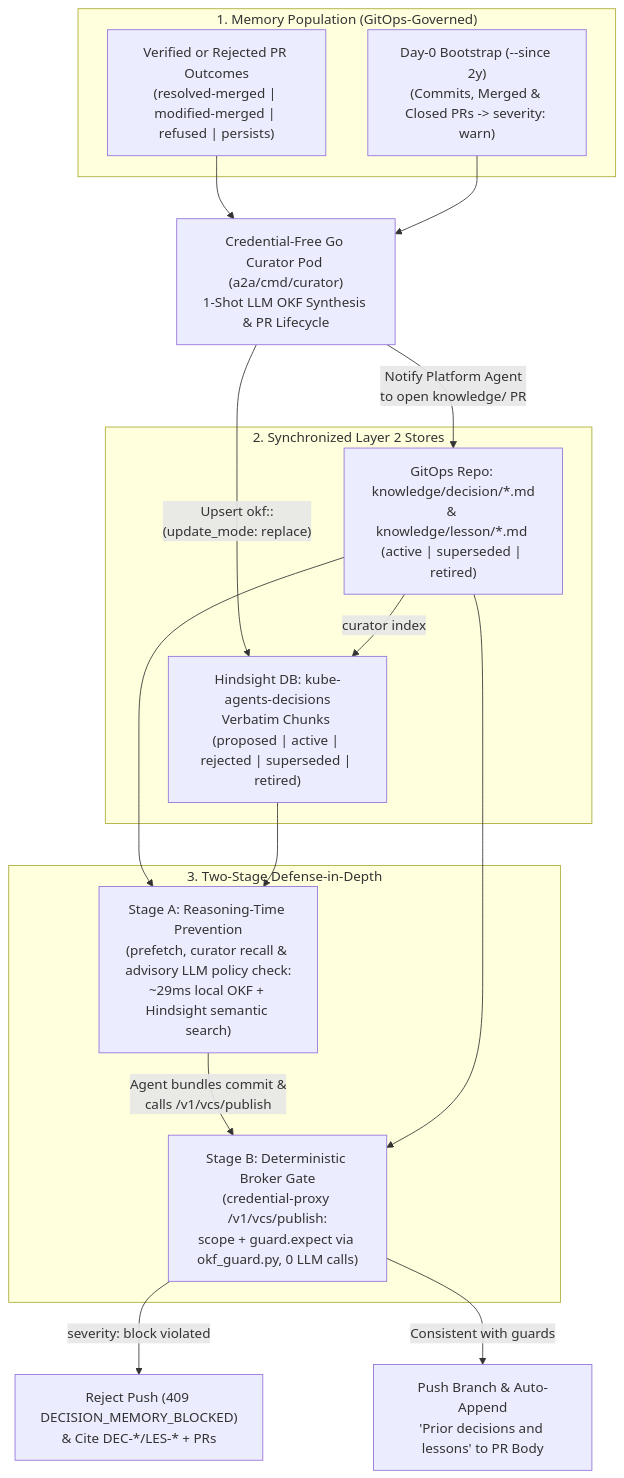
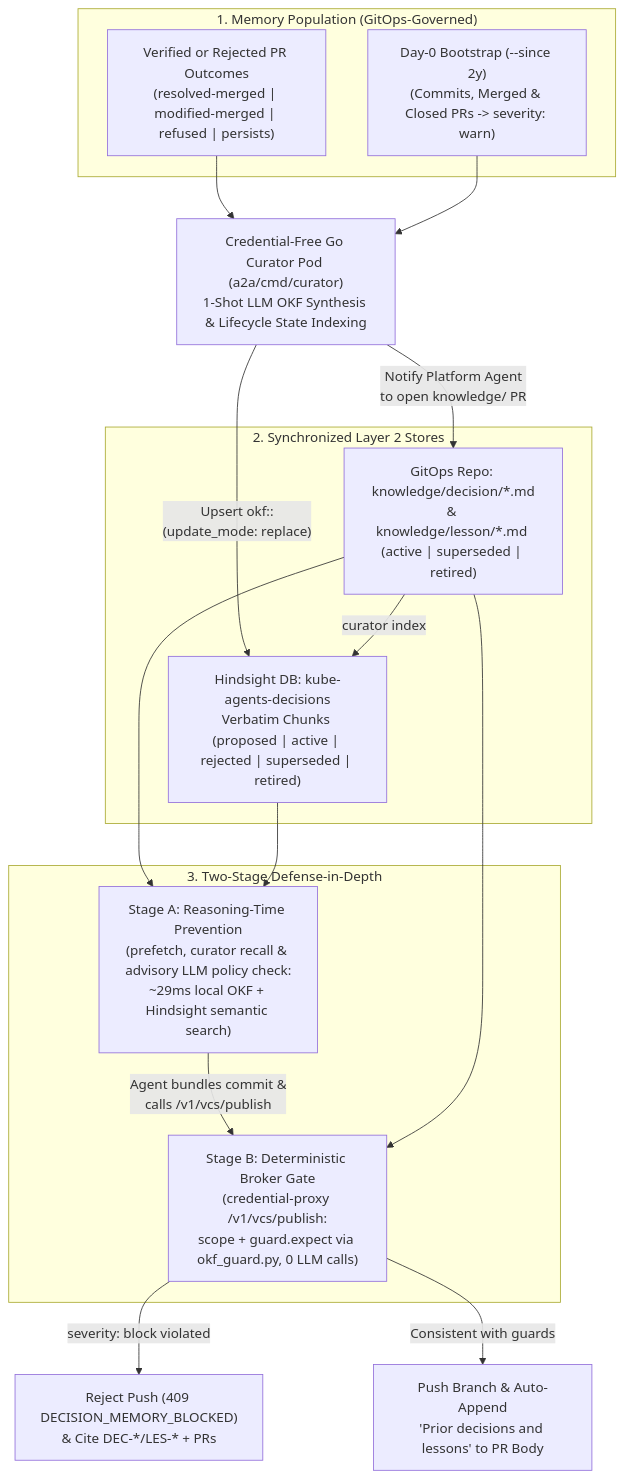
Before and after one commit to gke-labs/kube-agents: the third of 5 diagrams in docs/designs/memory.md, drawn with Mermaid. The commit also changed other lines of this file and 1 other file, not shown here.

````diff
--- a/docs/designs/memory.md
+++ b/docs/designs/memory.md
@@ -453,27 +453,27 @@
 ```mermaid
 flowchart TB
   subgraph Populate["1. Memory Population (GitOps-Governed)"]
     O["Verified or Rejected PR Outcomes\n(resolved-merged | modified-merged | refused | persists)"]
     H["Day-0 Bootstrap (--since 2y)\n(Commits, Merged & Closed PRs -> severity: warn)"]
   end
-  Cur["Credential-Free Go Curator Pod (a2a/cmd/curator)\n1-Shot LLM OKF Synthesis & PR Lifecycle"]
+  Cur["Credential-Free Go Curator Pod (a2a/cmd/curator)\n1-Shot LLM OKF Synthesis & Lifecycle State Indexing"]
   subgraph Stores["2. Synchronized Layer 2 Stores"]
     Git["GitOps Repo: knowledge/decision/*.md\n& knowledge/lesson/*.md (active | superseded | retired)"]
     HD["Hindsight DB: kube-agents-decisions\nVerbatim Chunks (proposed | active | rejected | superseded | retired)"]
   end
   subgraph Defense["3. Two-Stage Defense-in-Depth"]
     S1["Stage A: Reasoning-Time Prevention\n(prefetch, curator recall & advisory LLM policy check:\n~29ms local OKF + Hindsight semantic search)"]
     S2["Stage B: Deterministic Broker Gate\n(credential-proxy /v1/vcs/publish:\nscope + guard.expect via okf_guard.py, 0 LLM calls)"]
   end
   O --> Cur
   H --> Cur
   Cur -->|"Notify Platform Agent\nto open knowledge/ PR"| Git
   Cur -->|"Upsert okf:<repo>:<id>\n(update_mode: replace)"| HD
   Git -->|curator index| HD
   Git --> S1
   HD --> S1
   S1 -->|"Agent bundles commit &\ncalls /v1/vcs/publish"| S2
   Git --> S2
   S2 -->|"severity: block violated"| Blk["Reject Push (409 DECISION_MEMORY_BLOCKED)\n& Cite DEC-*/LES-* + PRs"]
   S2 -->|"Consistent with guards"| Pass["Push Branch & Auto-Append\n'Prior decisions and lessons' to PR Body"]
 ```
````
